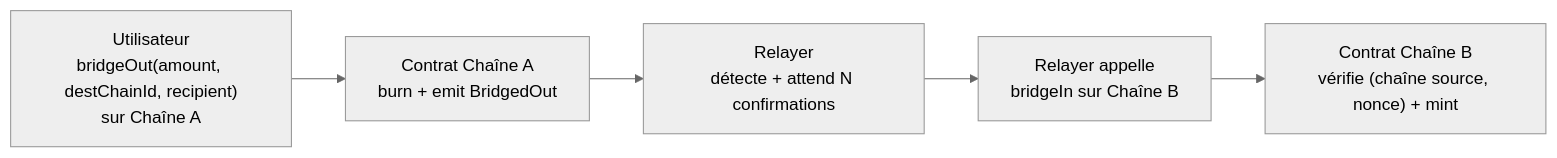
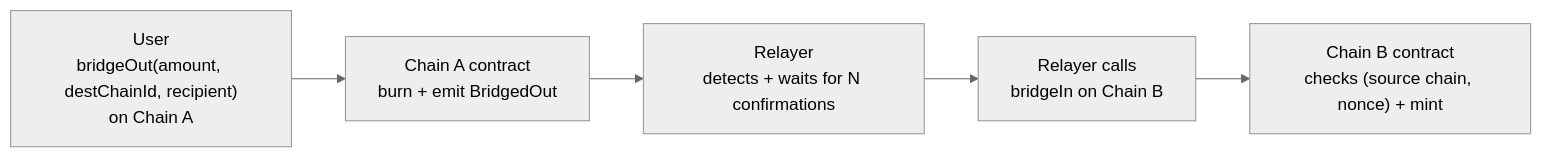
Before and after one commit to RayaneChCh-dev/mini-bridge-evm: the diagram in docs/SPEC.md, drawn with Mermaid (neutral theme). The commit also changed other lines of this file and 14 other files, not shown here.

````diff
--- a/docs/SPEC.md
+++ b/docs/SPEC.md
@@ -40,7 +40,7 @@
 ```mermaid
 flowchart LR
-  U["Utilisateur<br/>bridgeOut(amount, destChainId, recipient)<br/>sur Chaîne A"] --> A["Contrat Chaîne A<br/>burn + emit BridgedOut"]
-  A --> R["Relayer<br/>détecte + attend N confirmations"]
-  R --> R2["Relayer appelle<br/>bridgeIn sur Chaîne B"]
-  R2 --> B["Contrat Chaîne B<br/>vérifie (chaîne source, nonce) + mint"]
+  U["User<br/>bridgeOut(amount, destChainId, recipient)<br/>on Chain A"] --> A["Chain A contract<br/>burn + emit BridgedOut"]
+  A --> R["Relayer<br/>detects + waits for N confirmations"]
+  R --> R2["Relayer calls<br/>bridgeIn on Chain B"]
+  R2 --> B["Chain B contract<br/>checks (source chain, nonce) + mint"]
 ```
````
